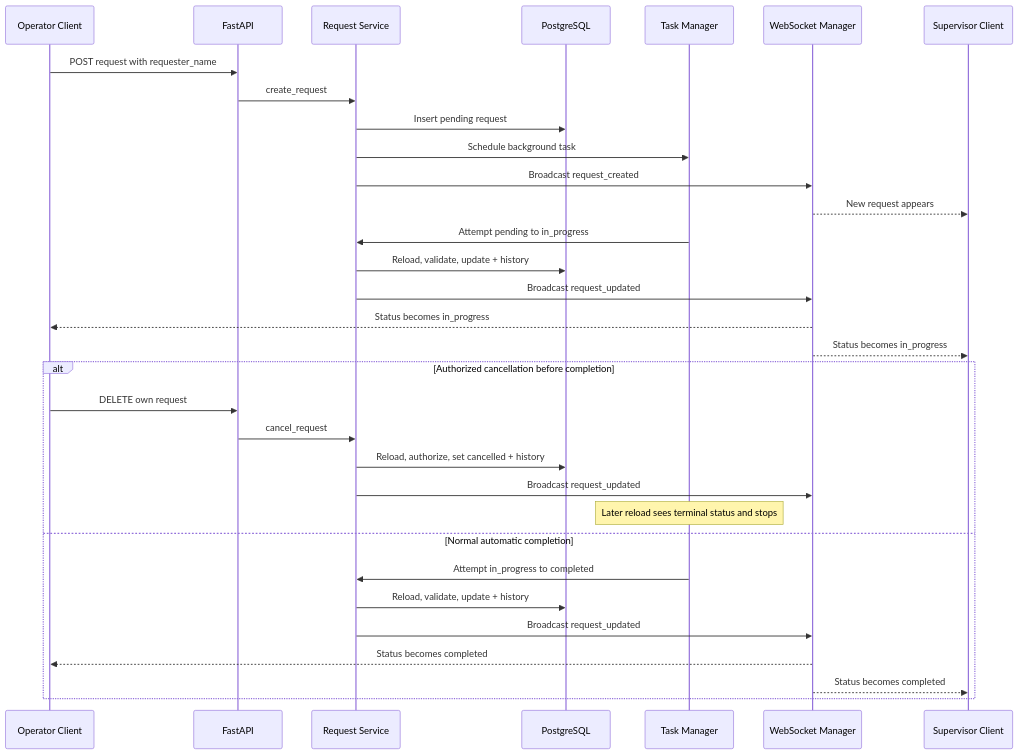
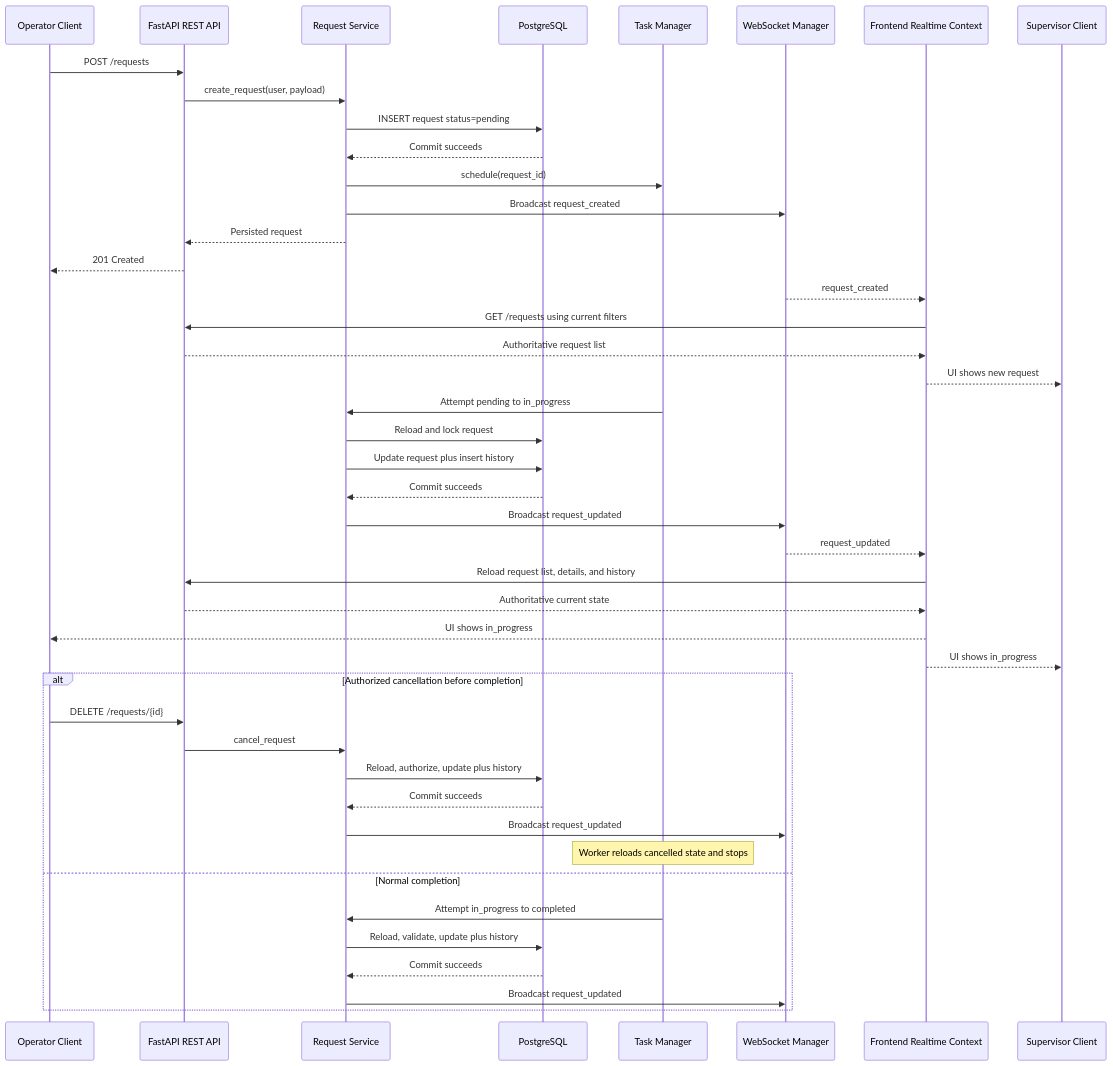
The tenth of 10 diagrams in Documents/System Design.md (elias282000/Technohaven-Recruitement-Assignement), drawn with Mermaid before and after one commit. The commit also changed other lines of this file and 1 other file, not shown here.

````diff
--- a/Documents/System Design.md
+++ b/Documents/System Design.md
@@ -536,37 +640,51 @@
 ```mermaid
 sequenceDiagram
     participant Op as Operator Client
-    participant API as FastAPI
+    participant API as FastAPI REST API
     participant S as Request Service
     participant DB as PostgreSQL
     participant TM as Task Manager
     participant WS as WebSocket Manager
+    participant RTC as Frontend Realtime Context
     participant Sup as Supervisor Client
 
-    Op->>API: POST request with requester_name
-    API->>S: create_request
-    S->>DB: Insert pending request
-    S->>TM: Schedule background task
+    Op->>API: POST /requests
+    API->>S: create_request(user, payload)
+    S->>DB: INSERT request status=pending
+    DB-->>S: Commit succeeds
+    S->>TM: schedule(request_id)
     S->>WS: Broadcast request_created
-    WS-->>Sup: New request appears
+    S-->>API: Persisted request
+    API-->>Op: 201 Created
+
+    WS-->>RTC: request_created
+    RTC->>API: GET /requests using current filters
+    API-->>RTC: Authoritative request list
+    RTC-->>Sup: UI shows new request
 
     TM->>S: Attempt pending to in_progress
-    S->>DB: Reload, validate, update + history
+    S->>DB: Reload and lock request
+    S->>DB: Update request plus insert history
+    DB-->>S: Commit succeeds
     S->>WS: Broadcast request_updated
-    WS-->>Op: Status becomes in_progress
-    WS-->>Sup: Status becomes in_progress
+
+    WS-->>RTC: request_updated
+    RTC->>API: Reload request list, details, and history
+    API-->>RTC: Authoritative current state
+    RTC-->>Op: UI shows in_progress
+    RTC-->>Sup: UI shows in_progress
 
     alt Authorized cancellation before completion
-        Op->>API: DELETE own request
+        Op->>API: DELETE /requests/{id}
         API->>S: cancel_request
-        S->>DB: Reload, authorize, set cancelled + history
+        S->>DB: Reload, authorize, update plus history
+        DB-->>S: Commit succeeds
         S->>WS: Broadcast request_updated
-        Note over TM: Later reload sees terminal status and stops
-    else Normal automatic completion
+        Note over TM: Worker reloads cancelled state and stops
+    else Normal completion
         TM->>S: Attempt in_progress to completed
-        S->>DB: Reload, validate, update + history
+        S->>DB: Reload, validate, update plus history
+        DB-->>S: Commit succeeds
         S->>WS: Broadcast request_updated
-        WS-->>Op: Status becomes completed
-        WS-->>Sup: Status becomes completed
     end
 ```
````
